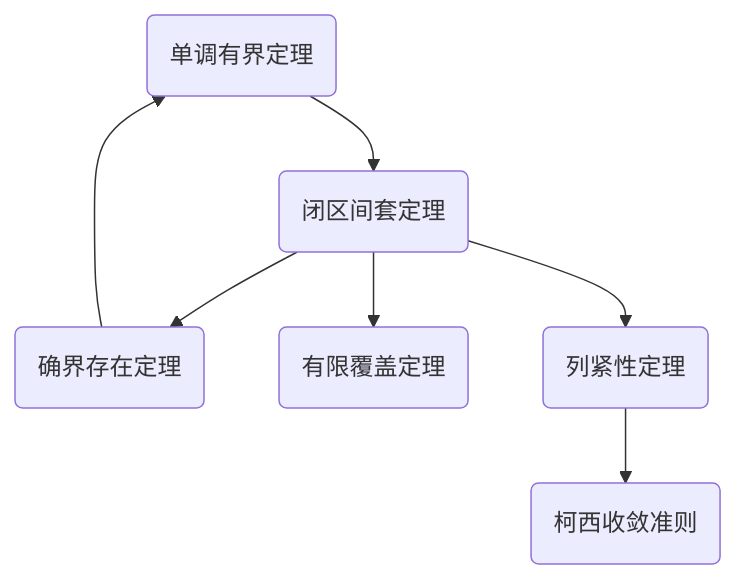
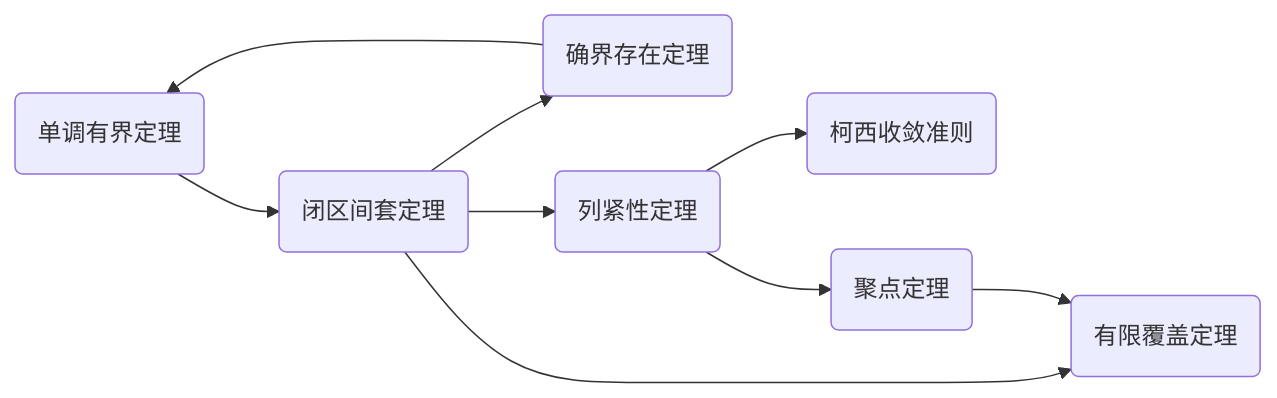
The diagram in 数学分析公式结论总结.md (BUAAMogician/Mathematical-Analysis-Reference-for-BUAA), drawn with Mermaid before and after one commit. The commit also changed other lines of this file, not shown here.

````diff
--- a/数学分析公式结论总结.md
+++ b/数学分析公式结论总结.md
@@ -136,10 +150,12 @@
 ```mermaid
 
-graph TD
+graph LR
 A(单调有界定理)-->B(闭区间套定理)
 B(闭区间套定理)-->C(确界存在定理)
 C(确界存在定理)-->A(单调有界定理)
 B(闭区间套定理)-->D(有限覆盖定理)
 B(闭区间套定理)-->E(列紧性定理)
 E(列紧性定理)-->F(柯西收敛准则)
+E(列紧性定理)-->G(聚点定理)
+G(聚点定理)-->D(有限覆盖定理)
 ```
````
